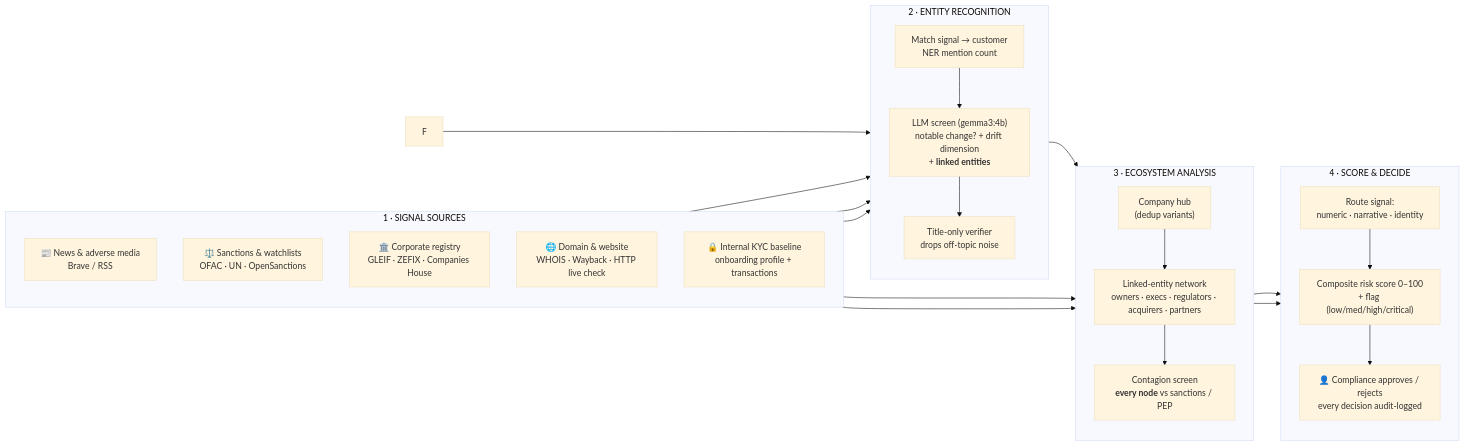
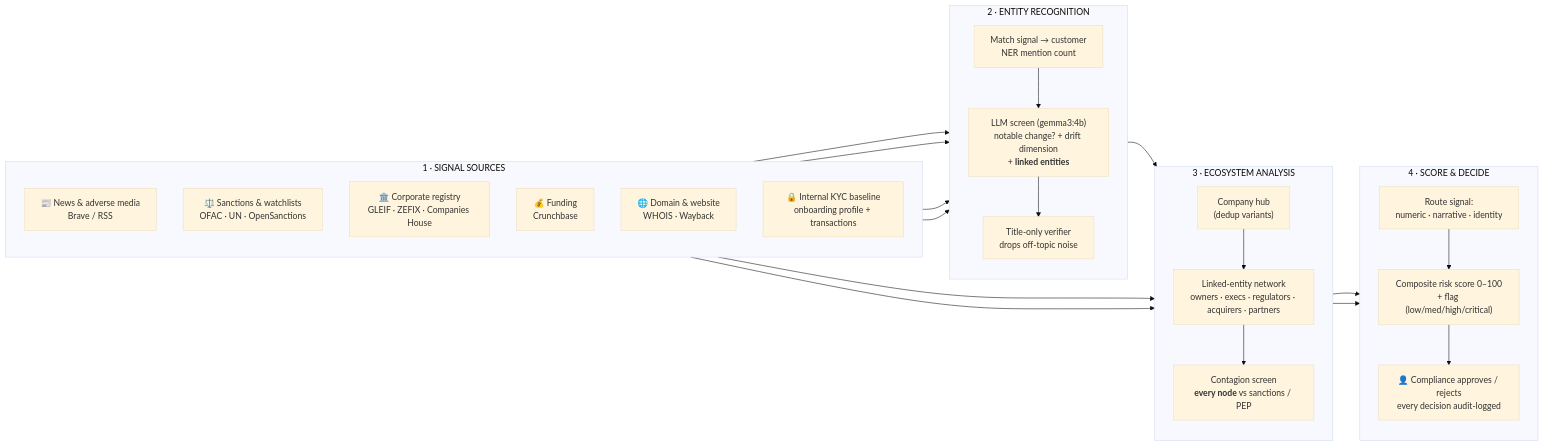
The first of 4 diagrams in architecure plan/KYC-DRIFT-ARCHITECTURE.md (sing-git/Amina-BANK), drawn with Mermaid (base theme) before and after one commit. The commit also changed other lines of this file, not shown here.

Commit message:
Revert KYC-DRIFT-ARCHITECTURE.md changes (dcc5560..bbdd80a)

````diff
--- a/architecure plan/KYC-DRIFT-ARCHITECTURE.md
+++ b/architecure plan/KYC-DRIFT-ARCHITECTURE.md
@@ -20,45 +20,46 @@
 ```mermaid
 flowchart LR
   subgraph SRC["1 · SIGNAL SOURCES"]
     direction TB
     N["📰 News &amp; adverse media<br/>Brave / RSS"]
     S["⚖️ Sanctions &amp; watchlists<br/>OFAC · UN · OpenSanctions"]
     R["🏛️ Corporate registry<br/>GLEIF · ZEFIX · Companies House"]
-    D["🌐 Domain &amp; website<br/>WHOIS · Wayback · HTTP live check"]
+    F["💰 Funding<br/>Crunchbase"]
+    D["🌐 Domain &amp; website<br/>WHOIS · Wayback"]
     K["🔒 Internal KYC baseline<br/>onboarding profile + transactions"]
   end
 
   subgraph NER["2 · ENTITY RECOGNITION"]
     direction TB
     M["Match signal → customer<br/>NER mention count"]
     G["LLM screen (gemma3:4b)<br/>notable change? + drift dimension<br/>+ <b>linked entities</b>"]
     V["Title-only verifier<br/>drops off-topic noise"]
   end
 
   subgraph ECO["3 · ECOSYSTEM ANALYSIS"]
     direction TB
     HUB["Company hub<br/>(dedup variants)"]
     NET["Linked-entity network<br/>owners · execs · regulators · acquirers · partners"]
     CON["Contagion screen<br/><b>every node</b> vs sanctions / PEP"]
   end
 
   subgraph SCO["4 · SCORE &amp; DECIDE"]
     direction TB
     RT["Route signal:<br/>numeric · narrative · identity"]
     CS["Composite risk score 0–100<br/>+ flag (low/med/high/critical)"]
     HITL["👤 Compliance approves / rejects<br/>every decision audit-logged"]
   end
 
   N --> M
   R --> M
   F --> M
   D --> M
   M --> G --> V
   V --> HUB
   K --> HUB
   HUB --> NET --> CON
   S --> CON
   NET --> RT
   CON --> RT
   RT --> CS --> HITL
 ```
````
